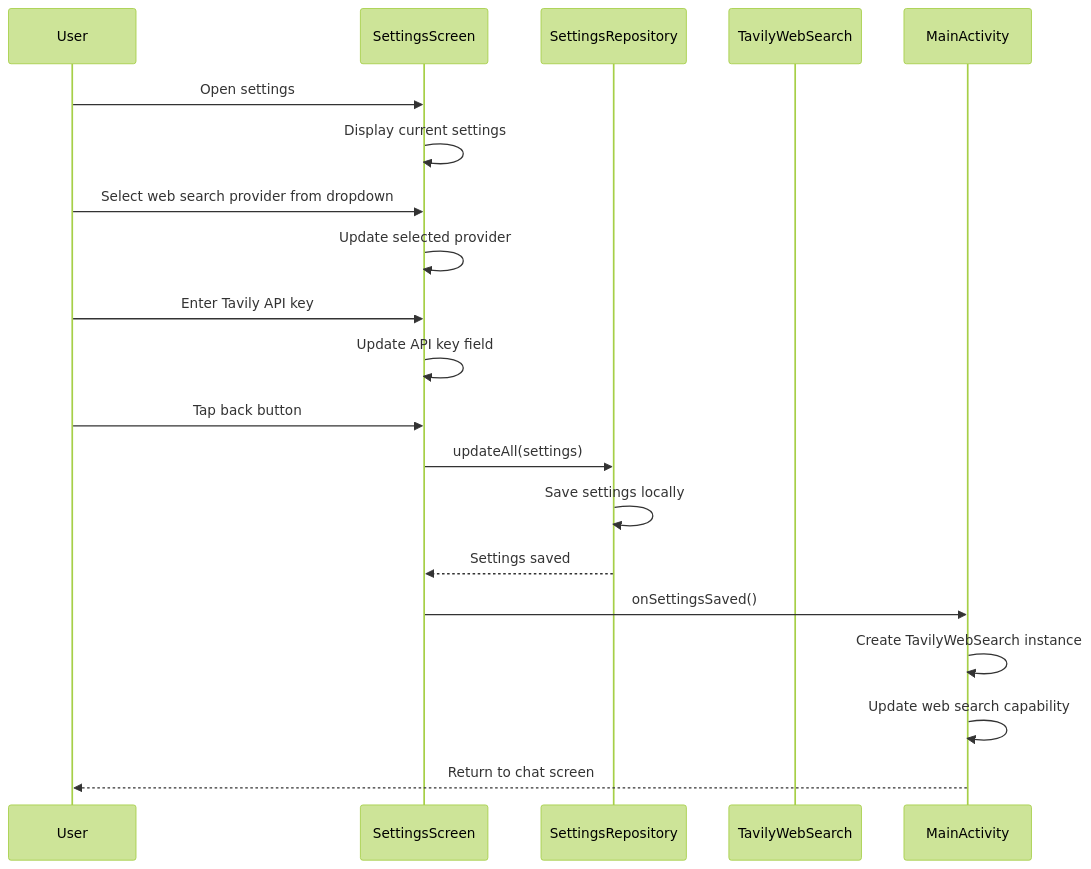
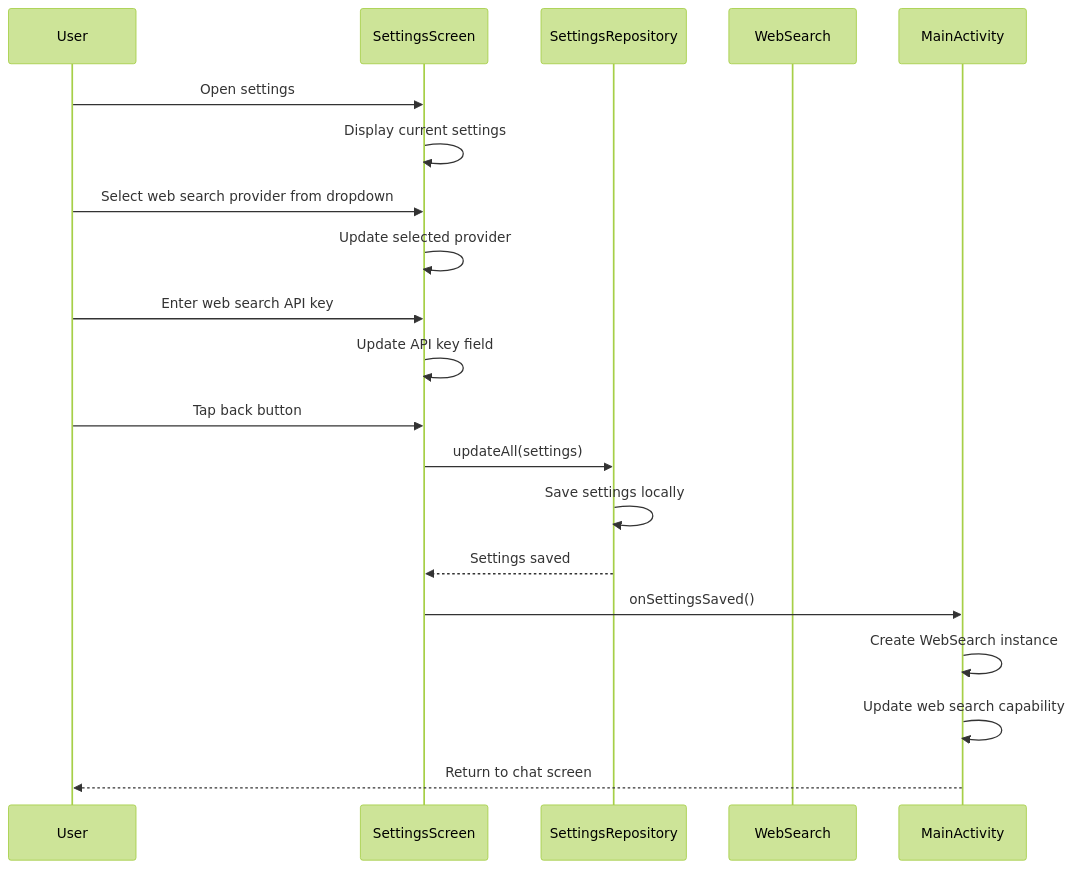
One commit to lehoang318/buddy changed the fourth of 11 diagrams in docs/seq_others.md. Above: the diagram before and after it, drawn with Mermaid (forest theme). The commit also changed other lines of this file and 15 other files, not shown here.

````diff
--- a/docs/seq_others.md
+++ b/docs/seq_others.md
@@ -88,26 +126,26 @@
 ```mermaid
 sequenceDiagram
     participant User
     participant SettingsScreen
     participant SettingsRepository
-    participant TavilyWebSearch
+    participant WebSearch
 
     User->>SettingsScreen: Open settings
     SettingsScreen->>SettingsScreen: Display current settings
 
     User->>SettingsScreen: Select web search provider from dropdown
     SettingsScreen->>SettingsScreen: Update selected provider
 
-    User->>SettingsScreen: Enter Tavily API key
+    User->>SettingsScreen: Enter web search API key
     SettingsScreen->>SettingsScreen: Update API key field
 
     User->>SettingsScreen: Tap back button
     SettingsScreen->>SettingsRepository: updateAll(settings)
     SettingsRepository->>SettingsRepository: Save settings locally
     SettingsRepository-->>SettingsScreen: Settings saved
 
     SettingsScreen->>MainActivity: onSettingsSaved()
-    MainActivity->>MainActivity: Create TavilyWebSearch instance
+    MainActivity->>MainActivity: Create WebSearch instance
     MainActivity->>MainActivity: Update web search capability
     MainActivity-->>User: Return to chat screen
 ```
````
